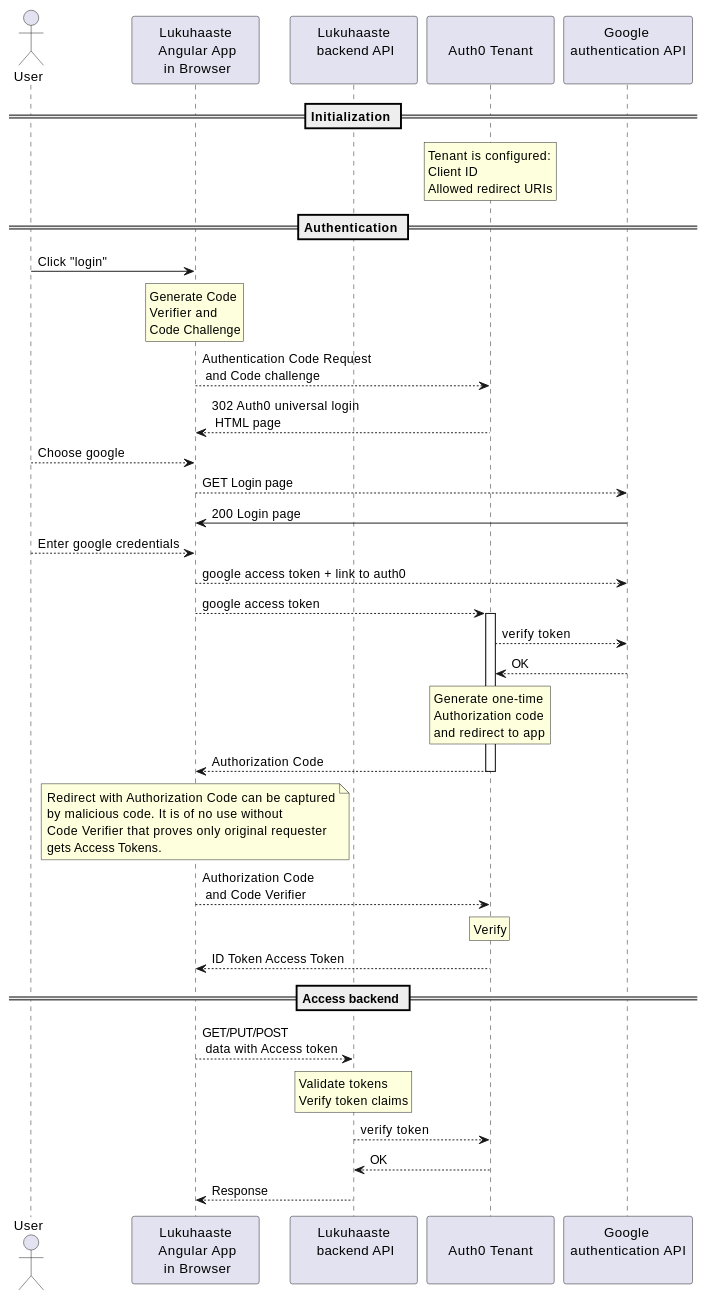
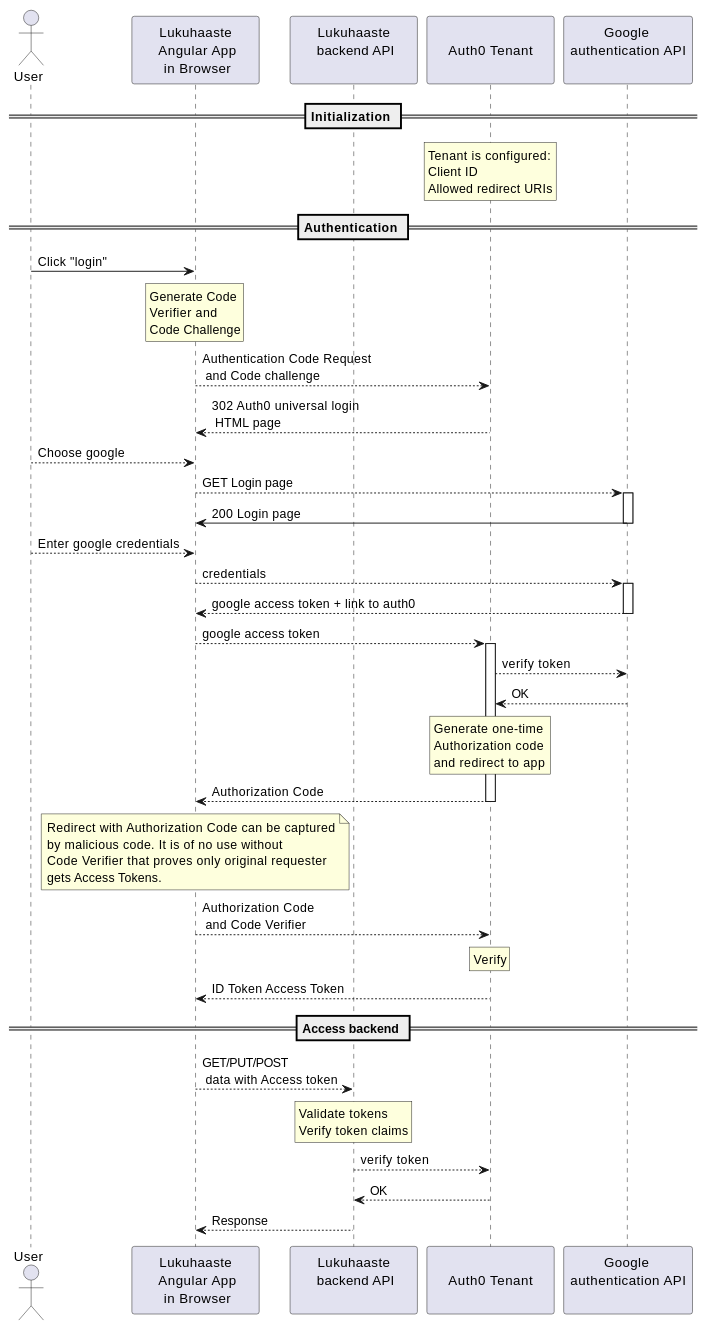
The second of 3 diagrams in README.md (jppaalassalo/secpro), drawn with PlantUML before and after one commit.

````diff
--- a/README.md
+++ b/README.md
@@ -81,63 +81,64 @@
 ```plantuml
 @startuml
 actor User
 skinparam minClassWidth 120
 participant "Lukuhaaste\n Angular App\n in Browser" as Browser
 participant "Lukuhaaste\n backend API\n " as backend
 participant "\nAuth0 Tenant\n" as auth
 participant "Google \nauthentication API\n" as google
 == Initialization ==
 rnote over auth
  Tenant is configured:
  Client ID
  Allowed redirect URIs
 endrnote
 
 
 == Authentication ==
 
 User -> Browser: Click "login"
 rnote over Browser
  Generate Code 
  Verifier and 
  Code Challenge
 endrnote
 Browser --> auth: Authentication Code Request\n and Code challenge 
 auth --> Browser: 302 Auth0 universal login\n HTML page
 User --> Browser: Choose google
-Browser --> google: GET Login page
-google -> Browser: 200 Login page
+Browser --> google ++ : GET Login page
+google -> Browser -- : 200 Login page
 User --> Browser: Enter google credentials
-Browser --> google: google access token + link to auth0
+Browser --> google ++ : credentials
+google --> Browser -- : google access token + link to auth0
 Browser --> auth ++ : google access token
 auth --> google: verify token
 google --> auth: OK
 rnote over auth
  Generate one-time 
  Authorization code 
  and redirect to app
 endrnote
 auth --> Browser -- : Authorization Code
 note over Browser
  Redirect with Authorization Code can be captured
  by malicious code. It is of no use without
  Code Verifier that proves only original requester
  gets Access Tokens.
 endnote
 Browser --> auth: Authorization Code\n and Code Verifier
 rnote over auth
  Verify
 endrnote
 auth --> Browser: ID Token Access Token
 
 == Access backend ==
 Browser --> backend: GET/PUT/POST\n data with Access token
 rnote over backend
  Validate tokens
  Verify token claims
 endrnote
 backend --> auth: verify token
 auth --> backend: OK
 backend --> Browser: Response
 @enduml
 ```
````
